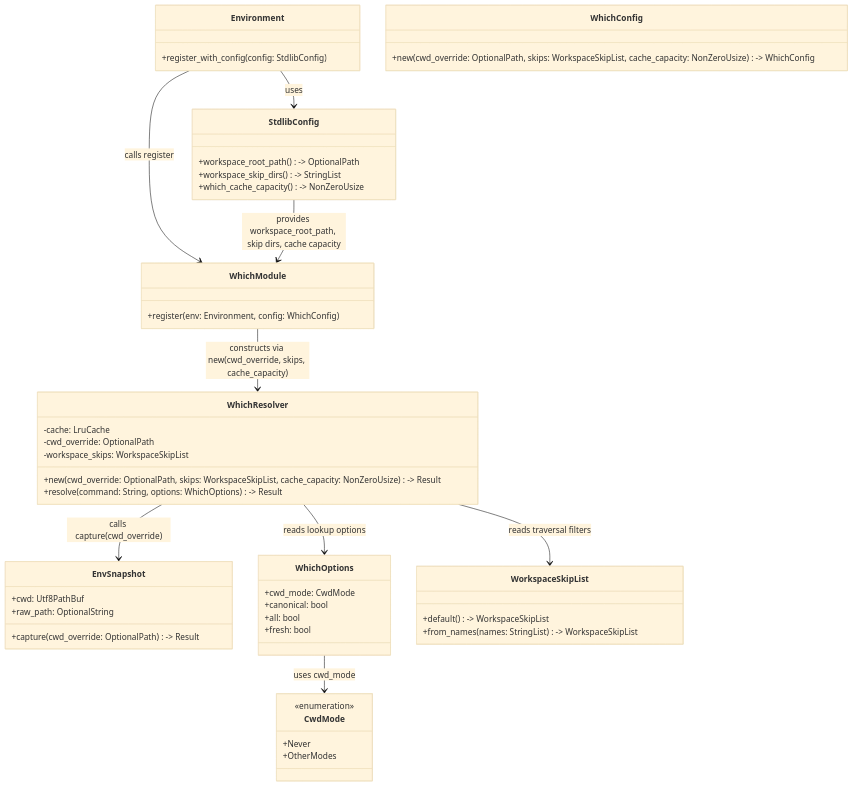
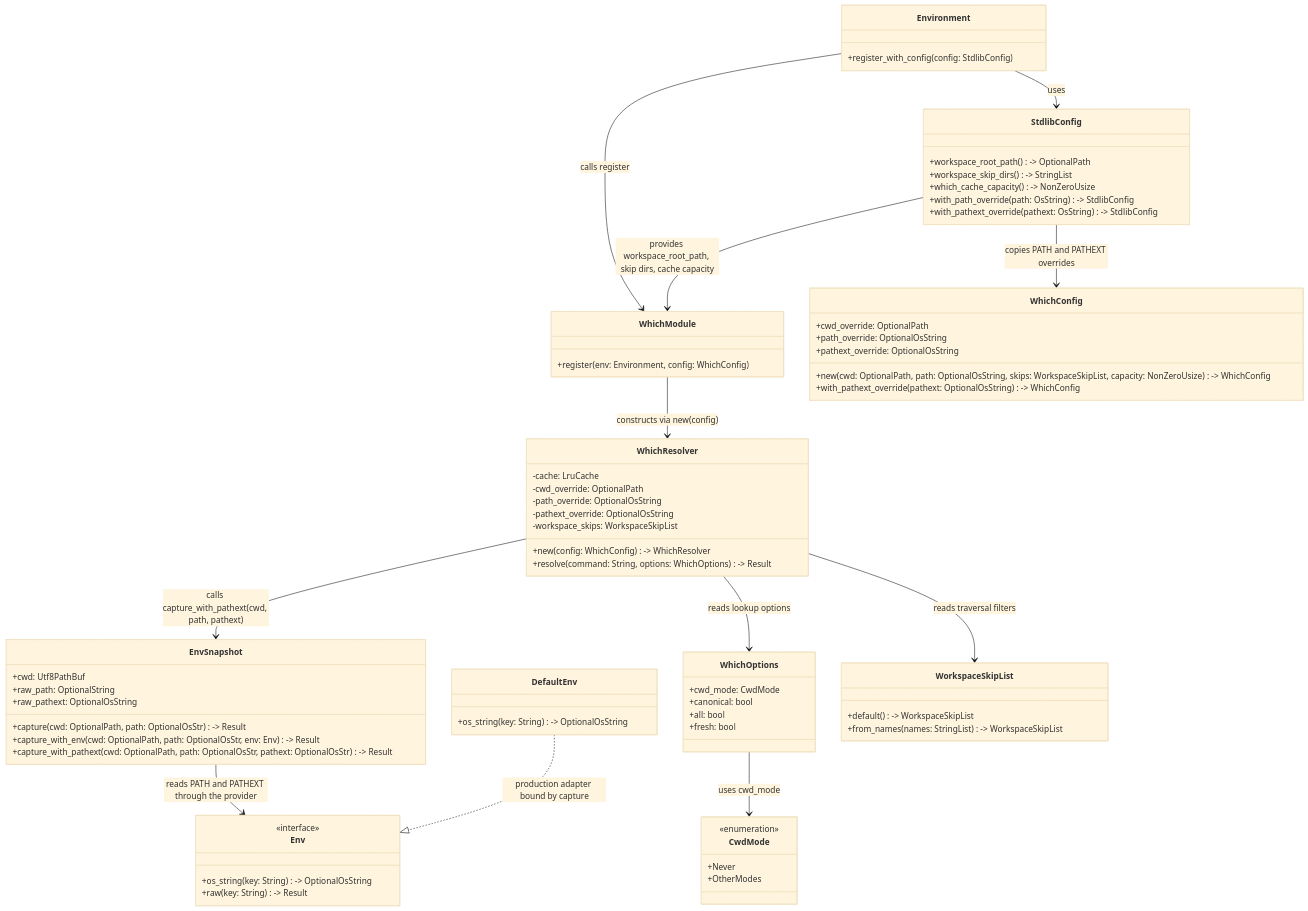
One commit to leynos/netsuke changed the fifth of 13 diagrams in docs/netsuke-design.md. Above: the diagram before and after it, drawn with Mermaid (base theme). The commit also changed other lines of this file, not shown here.

First line of the commit message:
Bring the design doc's which seam up to the code

```diff
--- a/docs/netsuke-design.md
+++ b/docs/netsuke-design.md
@@ -1380,6 +1401,8 @@
         +workspace_root_path() -> OptionalPath
         +workspace_skip_dirs() -> StringList
         +which_cache_capacity() -> NonZeroUsize
+        +with_path_override(path: OsString) -> StdlibConfig
+        +with_pathext_override(pathext: OsString) -> StdlibConfig
     }
 
     class Environment {
@@ -1393,15 +1416,30 @@
     class WhichResolver {
         -cache: LruCache
         -cwd_override: OptionalPath
+        -path_override: OptionalOsString
+        -pathext_override: OptionalOsString
         -workspace_skips: WorkspaceSkipList
-        +new(cwd_override: OptionalPath, skips: WorkspaceSkipList, cache_capacity: NonZeroUsize) -> Result
+        +new(config: WhichConfig) -> WhichResolver
         +resolve(command: String, options: WhichOptions) -> Result
     }
 
     class EnvSnapshot {
         +cwd: Utf8PathBuf
         +raw_path: OptionalString
-        +capture(cwd_override: OptionalPath) -> Result
+        +raw_pathext: OptionalOsString
+        +capture(cwd: OptionalPath, path: OptionalOsStr) -> Result
+        +capture_with_env(cwd: OptionalPath, path: OptionalOsStr, env: Env) -> Result
+        +capture_with_pathext(cwd: OptionalPath, path: OptionalOsStr, pathext: OptionalOsStr) -> Result
+    }
+
+    class Env {
+        <<interface>>
+        +os_string(key: String) -> OptionalOsString
+        +raw(key: String) -> Result
+    }
+
+    class DefaultEnv {
+        +os_string(key: String) -> OptionalOsString
     }
 
     class WhichOptions {
@@ -1412,7 +1450,11 @@
     }
 
     class WhichConfig {
-        +new(cwd_override: OptionalPath, skips: WorkspaceSkipList, cache_capacity: NonZeroUsize) -> WhichConfig
+        +cwd_override: OptionalPath
+        +path_override: OptionalOsString
+        +pathext_override: OptionalOsString
+        +new(cwd: OptionalPath, path: OptionalOsString, skips: WorkspaceSkipList, capacity: NonZeroUsize) -> WhichConfig
+        +with_pathext_override(pathext: OptionalOsString) -> WhichConfig
     }
 
     class WorkspaceSkipList {
@@ -1428,9 +1470,12 @@
 
     Environment --> StdlibConfig : uses
     Environment --> WhichModule : calls register
+    StdlibConfig --> WhichConfig : copies PATH and PATHEXT overrides
     StdlibConfig --> WhichModule : provides workspace_root_path, skip dirs, cache capacity
-    WhichModule --> WhichResolver : constructs via new(cwd_override, skips, cache_capacity)
-    WhichResolver --> EnvSnapshot : calls capture(cwd_override)
+    WhichModule --> WhichResolver : constructs via new(config)
+    WhichResolver --> EnvSnapshot : calls capture_with_pathext(cwd, path, pathext)
+    EnvSnapshot --> Env : reads PATH and PATHEXT through the provider
+    DefaultEnv ..|> Env : production adapter bound by capture
     WhichResolver --> WhichOptions : reads lookup options
     WhichResolver --> WorkspaceSkipList : reads traversal filters
     WhichOptions --> CwdMode : uses cwd_mode
```
